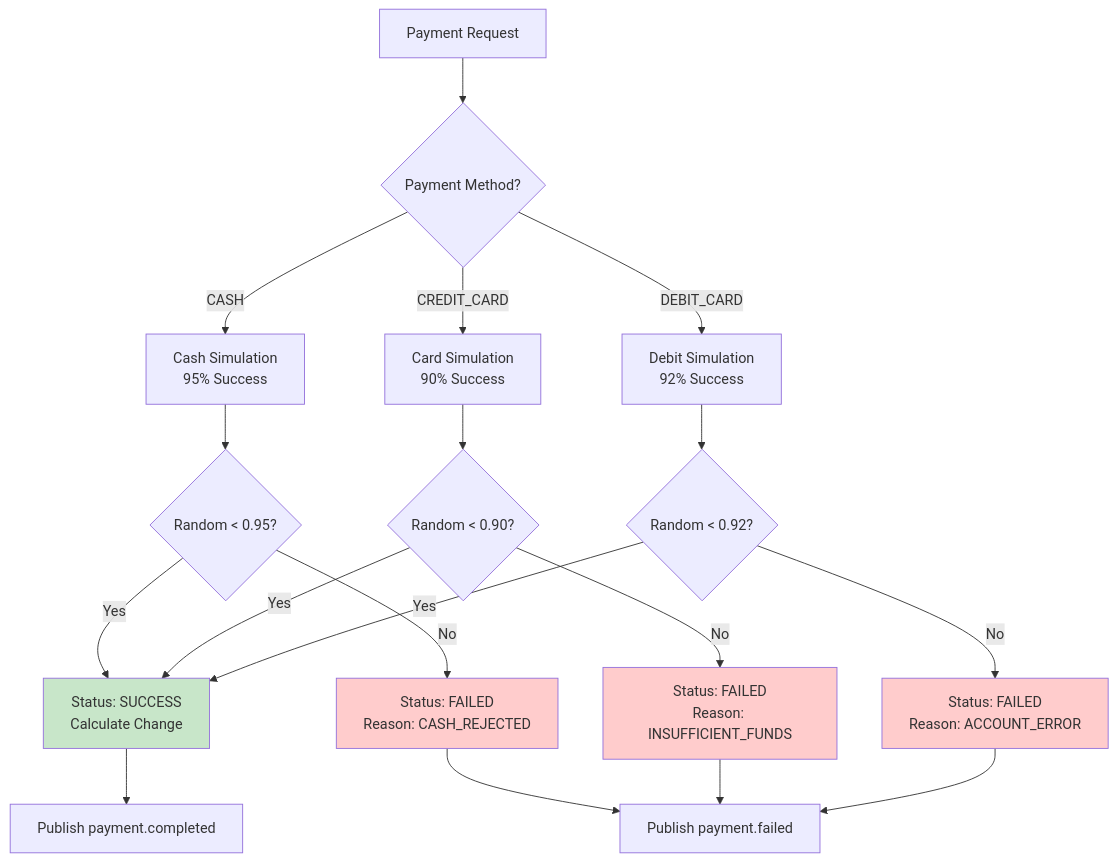
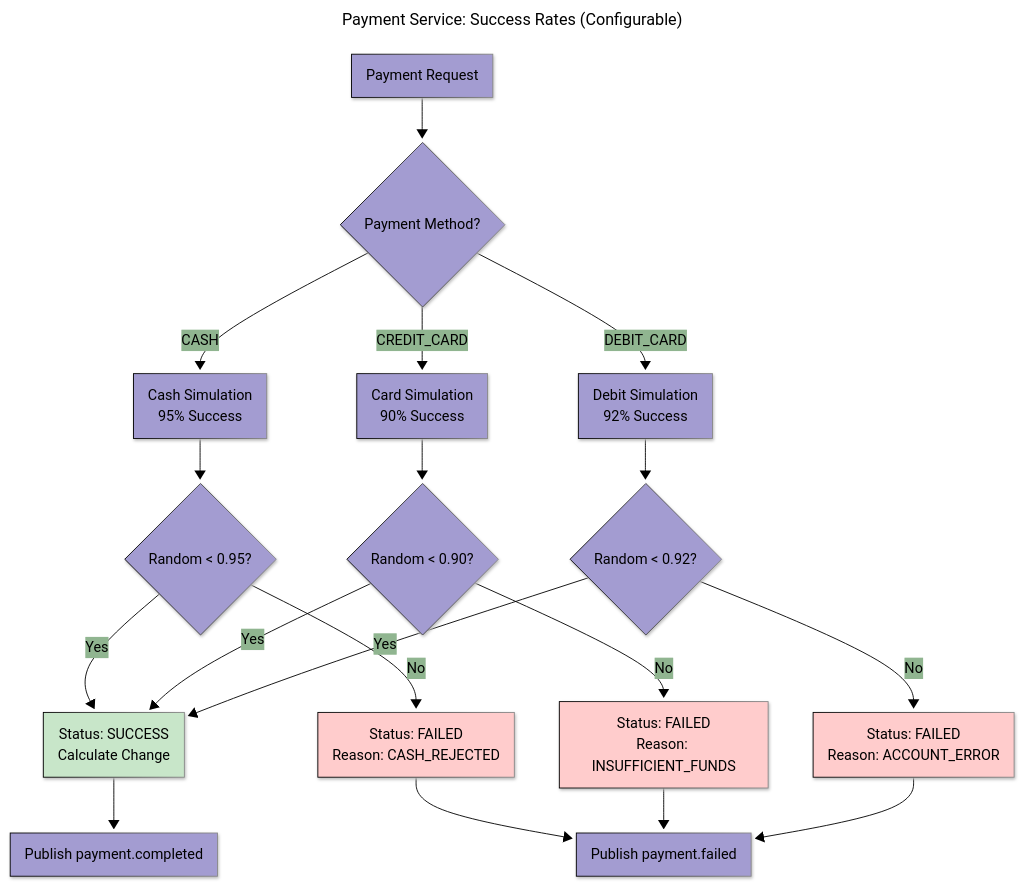
Before and after one commit to BrunoGil-AS/Vending-Machine-Microservices: the tenth of 10 diagrams in Documentation/diagrams/payment-service.md, drawn with Mermaid. The commit also changed other lines of this file and 7 other files, not shown here.

Commit message:
docs: Update service diagrams with new configurations and titles

````diff
--- a/Documentation/diagrams/payment-service.md
+++ b/Documentation/diagrams/payment-service.md
@@ -613,31 +739,45 @@
 ```mermaid
+---
+config:
+  theme: base
+  themeVariables:
+    primaryColor: '#a39cd1ff'
+    primaryTextColor: '#000000'
+    secondaryTextColor: '#ffffffff'
+    primaryBorderColor: '#000000'
+    lineColor: '#000000ff'
+    secondaryColor: '#90b590ff'
+    tertiaryColor: '#f9f6a1ff'
+  look: neo
+title: 'Payment Service: Success Rates (Configurable)'
+---
 graph TB
     START[Payment Request] --> METHOD{Payment Method?}
 
     METHOD -->|CASH| CASH_SIM[Cash Simulation<br/>95% Success]
     METHOD -->|CREDIT_CARD| CARD_SIM[Card Simulation<br/>90% Success]
     METHOD -->|DEBIT_CARD| DEBIT_SIM[Debit Simulation<br/>92% Success]
 
     CASH_SIM --> CASH_OK{Random < 0.95?}
     CARD_SIM --> CARD_OK{Random < 0.90?}
     DEBIT_SIM --> DEBIT_OK{Random < 0.92?}
 
     CASH_OK -->|Yes| SUCCESS[Status: SUCCESS<br/>Calculate Change]
     CASH_OK -->|No| FAIL[Status: FAILED<br/>Reason: CASH_REJECTED]
 
     CARD_OK -->|Yes| SUCCESS
     CARD_OK -->|No| CARD_FAIL[Status: FAILED<br/>Reason: INSUFFICIENT_FUNDS]
 
     DEBIT_OK -->|Yes| SUCCESS
     DEBIT_OK -->|No| DEBIT_FAIL[Status: FAILED<br/>Reason: ACCOUNT_ERROR]
 
     SUCCESS --> PUBLISH_SUCCESS[Publish payment.completed]
     FAIL --> PUBLISH_FAIL[Publish payment.failed]
     CARD_FAIL --> PUBLISH_FAIL
     DEBIT_FAIL --> PUBLISH_FAIL
 
     style SUCCESS fill:#c8e6c9
     style FAIL fill:#ffcccc
     style CARD_FAIL fill:#ffcccc
     style DEBIT_FAIL fill:#ffcccc
 ```
````
